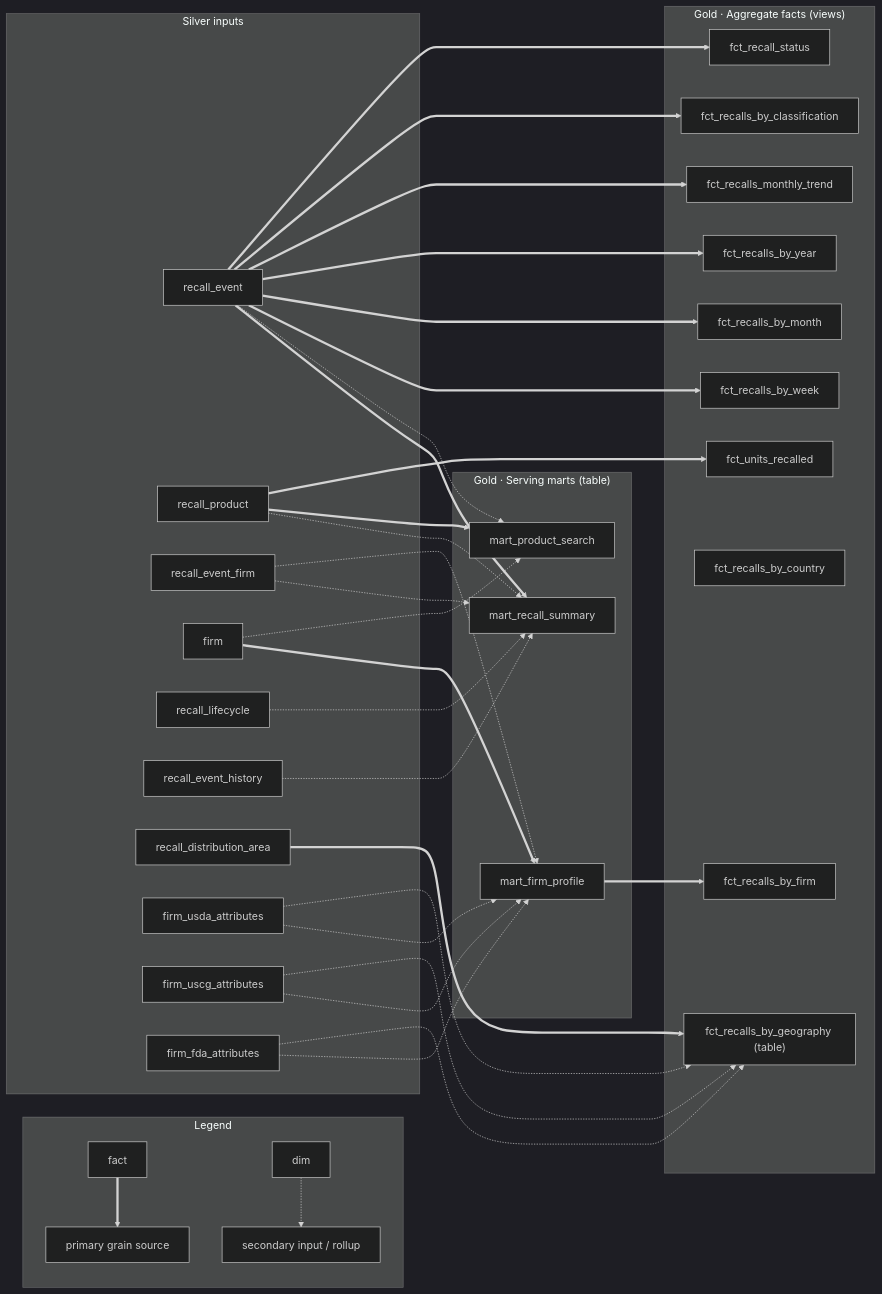
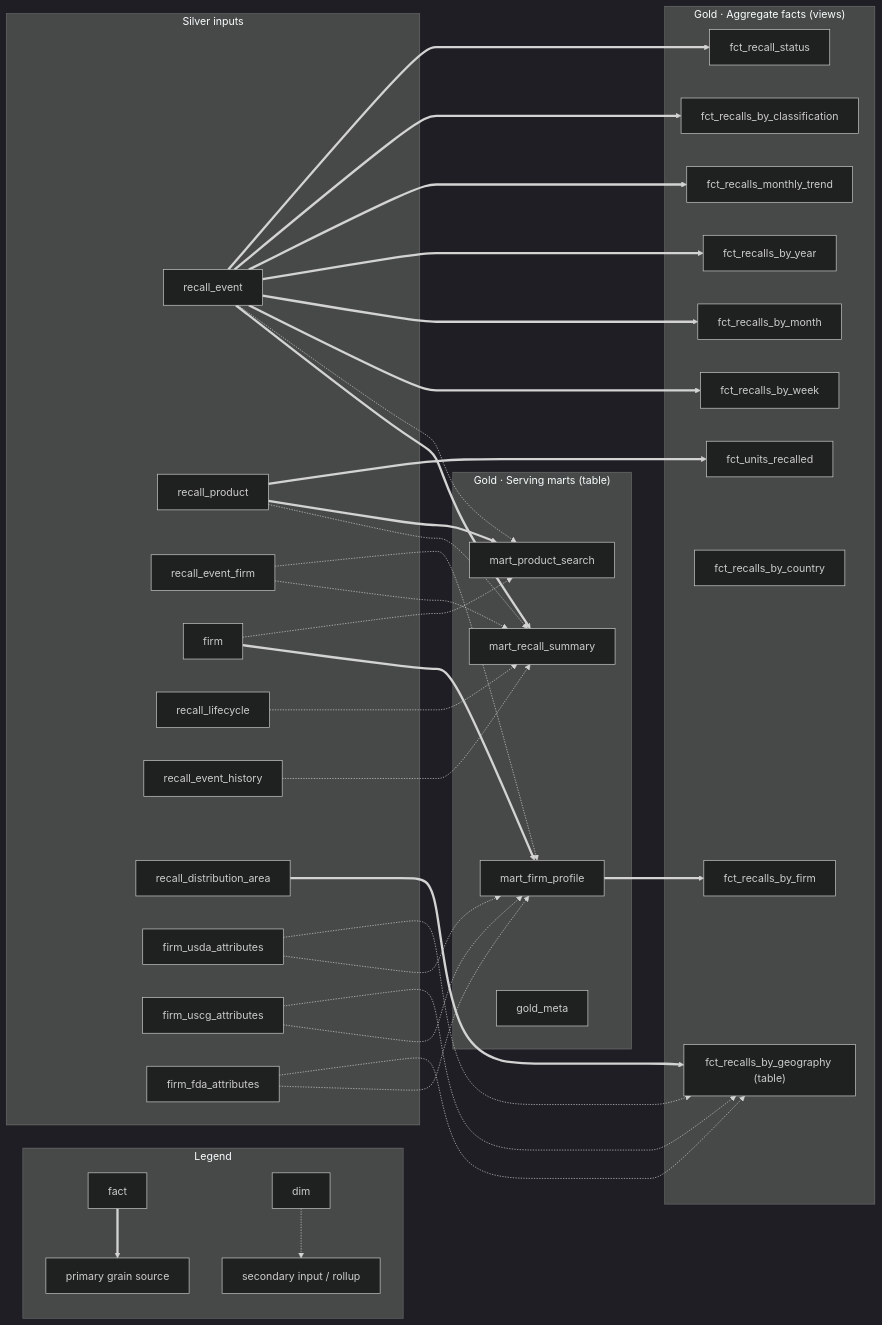
Before and after one commit to justanesta/consumer-product-recalls: the fourth of 4 diagrams in documentation/database_overview.md, drawn with Mermaid (dark theme). The commit also changed other lines of this file and 79 other files, not shown here.

````diff
--- a/documentation/database_overview.md
+++ b/documentation/database_overview.md
@@ -417,68 +415,69 @@
 ```mermaid
 flowchart LR
     subgraph LEGEND["Legend"]
         gl1["fact"] ==> gl2["primary grain source"]
         gl3["dim"] -.-> gl4["secondary input / rollup"]
     end
 
     subgraph SILVER["Silver inputs"]
         re["recall_event"]
         rp["recall_product"]
         ref["recall_event_firm"]
         firm["firm"]
         rel["recall_lifecycle"]
         reh["recall_event_history"]
         rda["recall_distribution_area"]
         fea["firm_usda_attributes"]
         fma["firm_uscg_attributes"]
         ffa["firm_fda_attributes"]
     end
 
     subgraph MART["Gold · Serving marts (table)"]
         mrs["mart_recall_summary"]
         mfp["mart_firm_profile"]
         mps["mart_product_search"]
+        gm["gold_meta"]
     end
 
     subgraph FCT["Gold · Aggregate facts (views)"]
         f_wk["fct_recalls_by_week"]
         f_mo["fct_recalls_by_month"]
         f_yr["fct_recalls_by_year"]
         f_tr["fct_recalls_monthly_trend"]
         f_cl["fct_recalls_by_classification"]
         f_st["fct_recall_status"]
         f_geo["fct_recalls_by_geography (table)"]
         f_co["fct_recalls_by_country"]
         f_un["fct_units_recalled"]
         f_fm["fct_recalls_by_firm"]
     end
 
     %% serving marts (primary grain ==> ; rollups/joins -.->)
     re ==> mrs
     rp -.-> mrs
     ref -.-> mrs
     rel -.-> mrs
     reh -.-> mrs
     firm ==> mfp
     ref -.-> mfp
     fea -.-> mfp
     fma -.-> mfp
     ffa -.-> mfp
     rp ==> mps
     re -.-> mps
     firm -.-> mps
 
     %% aggregate facts
     re ==> f_wk
     re ==> f_mo
     re ==> f_yr
     re ==> f_tr
     re ==> f_cl
     re ==> f_st
     rp ==> f_un
     rda ==> f_geo
     fea -.-> f_geo
     fma -.-> f_geo
     ffa -.-> f_geo
     mfp ==> f_fm
 ```
````
